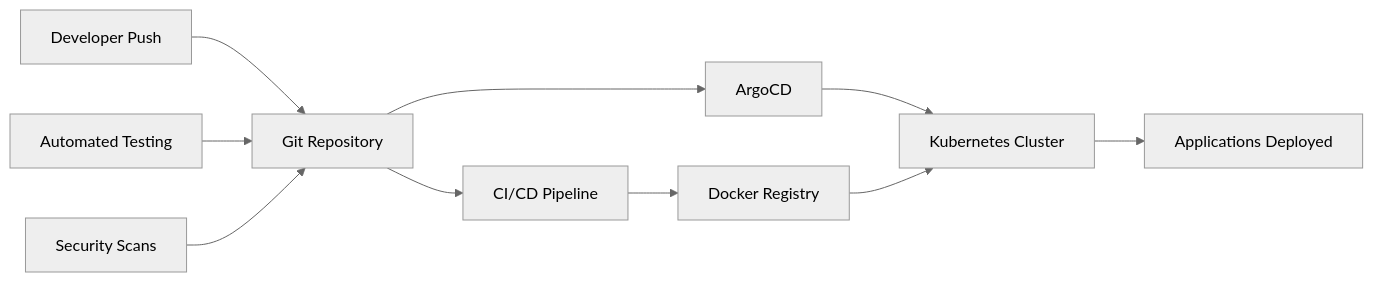
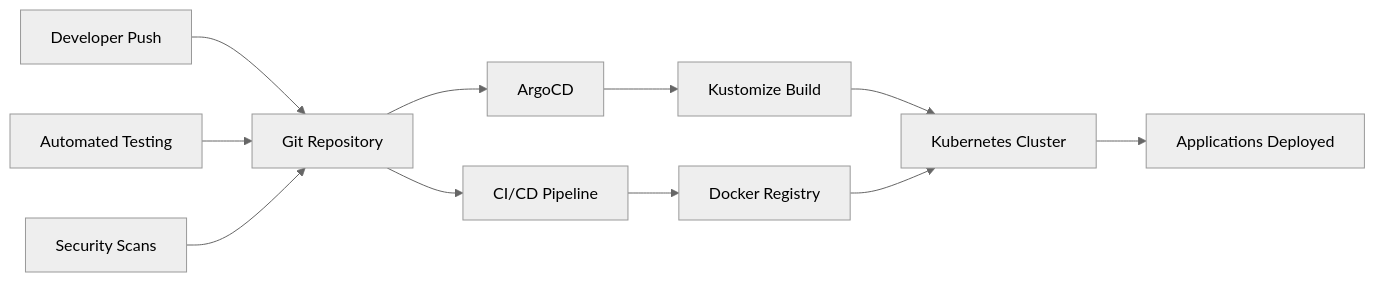
The diagram in 06-operations/deployment/README.md (vesviet/Composable-Commerce-Service-Architecture), drawn with Mermaid (neutral theme) before and after one commit. The commit also changed other lines of this file and 16 other files, not shown here.

````diff
--- a/06-operations/deployment/README.md
+++ b/06-operations/deployment/README.md
@@ -26,14 +31,15 @@
 ```mermaid
 graph LR
     A[Git Repository] --> B[ArgoCD]
-    B --> C[Kubernetes Cluster]
-    C --> D[Applications Deployed]
+    B --> C[Kustomize Build]
+    C --> D[Kubernetes Cluster]
+    D --> E[Applications Deployed]
     
-    E[Developer Push] --> A
-    F[Automated Testing] --> A
-    G[Security Scans] --> A
+    F[Developer Push] --> A
+    G[Automated Testing] --> A
+    H[Security Scans] --> A
     
-    A --> H[CI/CD Pipeline]
-    H --> I[Docker Registry]
-    I --> C
+    A --> I[CI/CD Pipeline]
+    I --> J[Docker Registry]
+    J --> D
 ```
````
